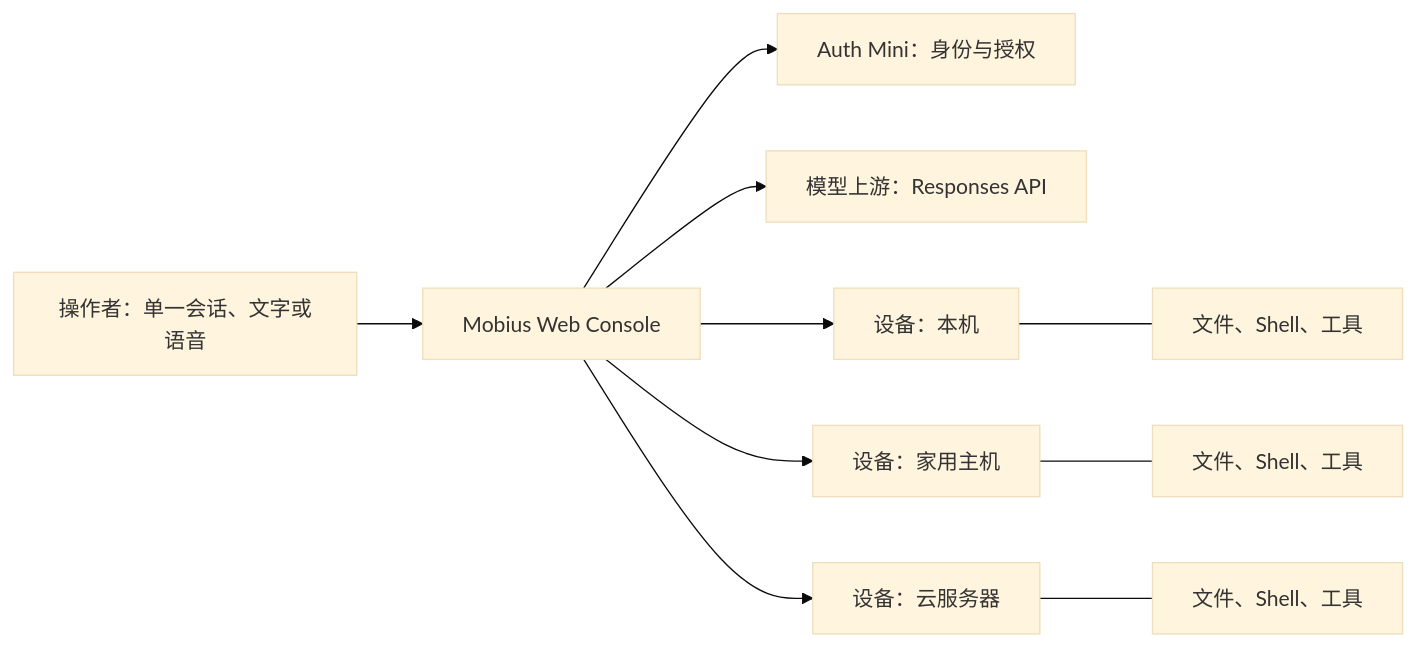
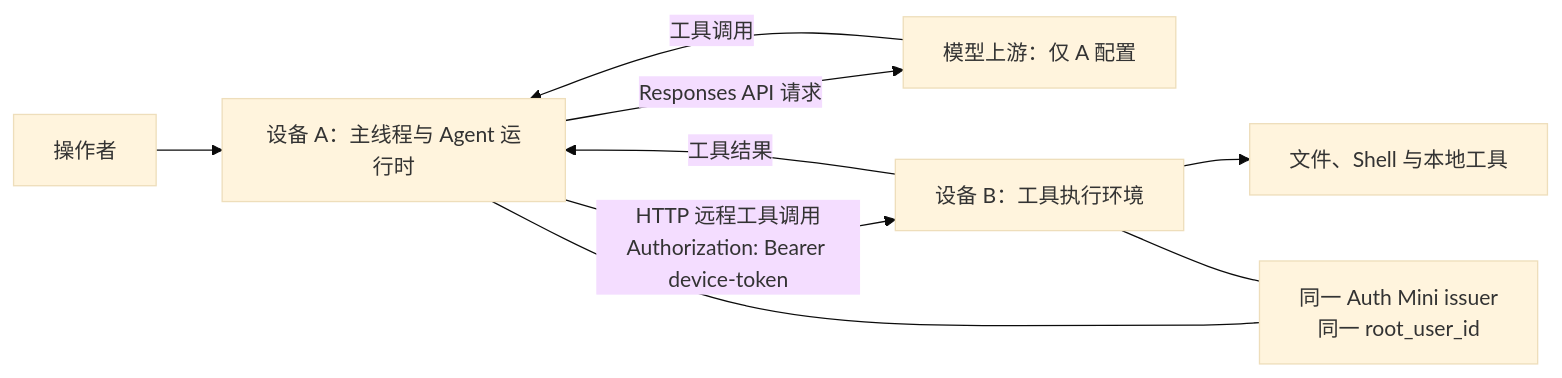
Before and after one commit to zccz14/cybion: the second of 3 diagrams in README.md, drawn with Mermaid (base theme). The commit also changed other lines of this file, not shown here.

Commit message:
📝 define remote device tool architecture (#37)

````diff
--- a/README.md
+++ b/README.md
@@ -135,12 +142,11 @@
 ```mermaid
 flowchart LR
-  U["操作者：单一会话、文字或语音"] --> W["Mobius Web Console"]
-  W --> A["Auth Mini：身份与授权"]
-  W --> M["模型上游：Responses API"]
-  W --> D1["设备：本机"]
-  W --> D2["设备：家用主机"]
-  W --> D3["设备：云服务器"]
-  D1 --- F1["文件、Shell、工具"]
-  D2 --- F2["文件、Shell、工具"]
-  D3 --- F3["文件、Shell、工具"]
+  U["操作者"] --> A["设备 A：主线程与 Agent 运行时"]
+  A -->|"Responses API 请求"| M["模型上游：仅 A 配置"]
+  M -->|"工具调用"| A
+  A -->|"HTTP 远程工具调用<br/>Authorization: Bearer device-token"| B["设备 B：工具执行环境"]
+  B --> F["文件、Shell 与本地工具"]
+  B -->|"工具结果"| A
+  A --- R["同一 Auth Mini issuer<br/>同一 root_user_id"]
+  B --- R
 ```
````
